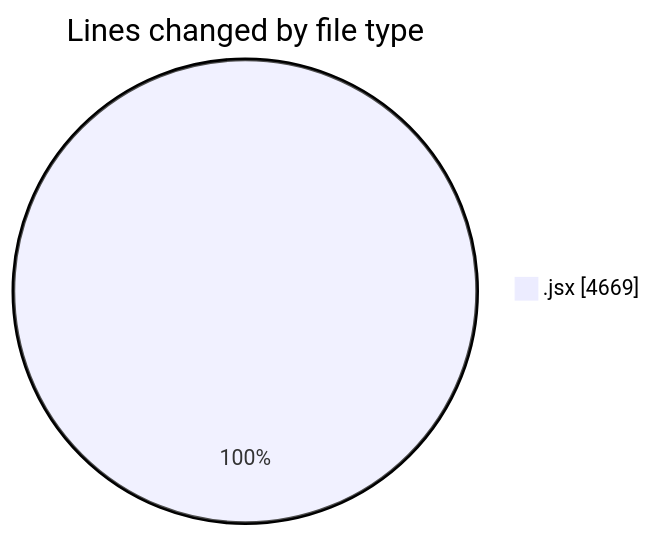
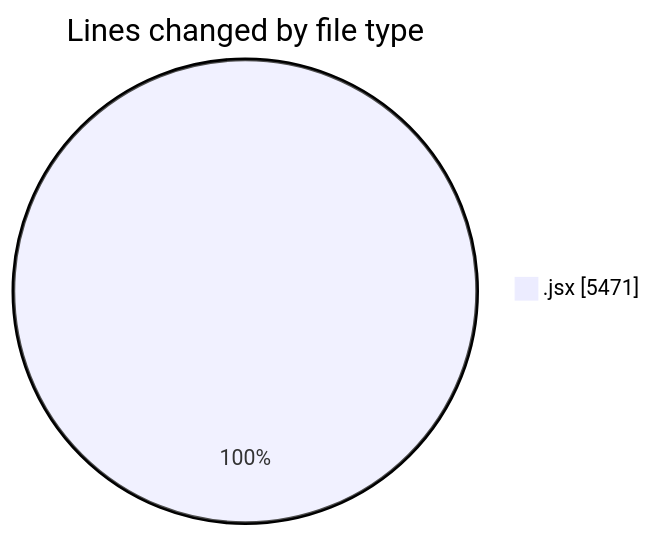
The first of 2 diagrams in 2025-05-05/nxtqube_webapp/README.md (nxtqubesakshisongat/code-tracking), drawn with Mermaid before and after one commit. The commit also changed other lines of this file and 1 other file, not shown here.

````diff
--- a/2025-05-05/nxtqube_webapp/README.md
+++ b/2025-05-05/nxtqube_webapp/README.md
@@ -20,5 +21,5 @@
 ```mermaid
 pie showData
 title Lines changed by file type
-".jsx" : 4669
+".jsx" : 5471
 ```
````
